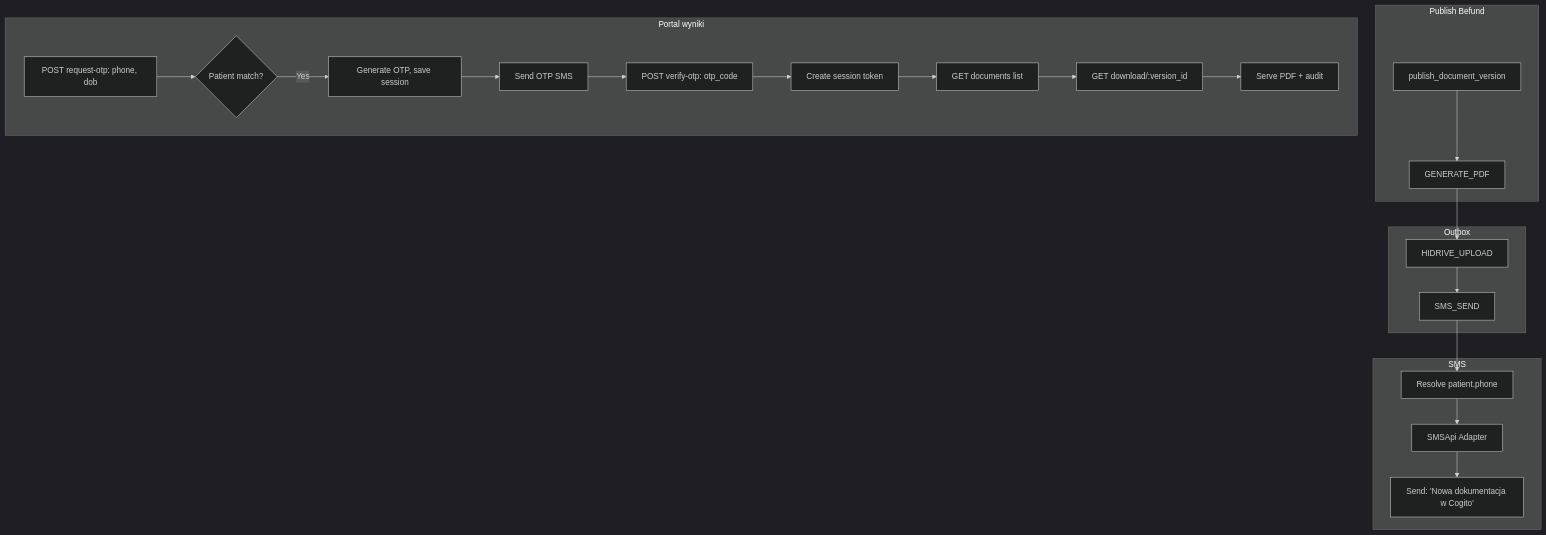
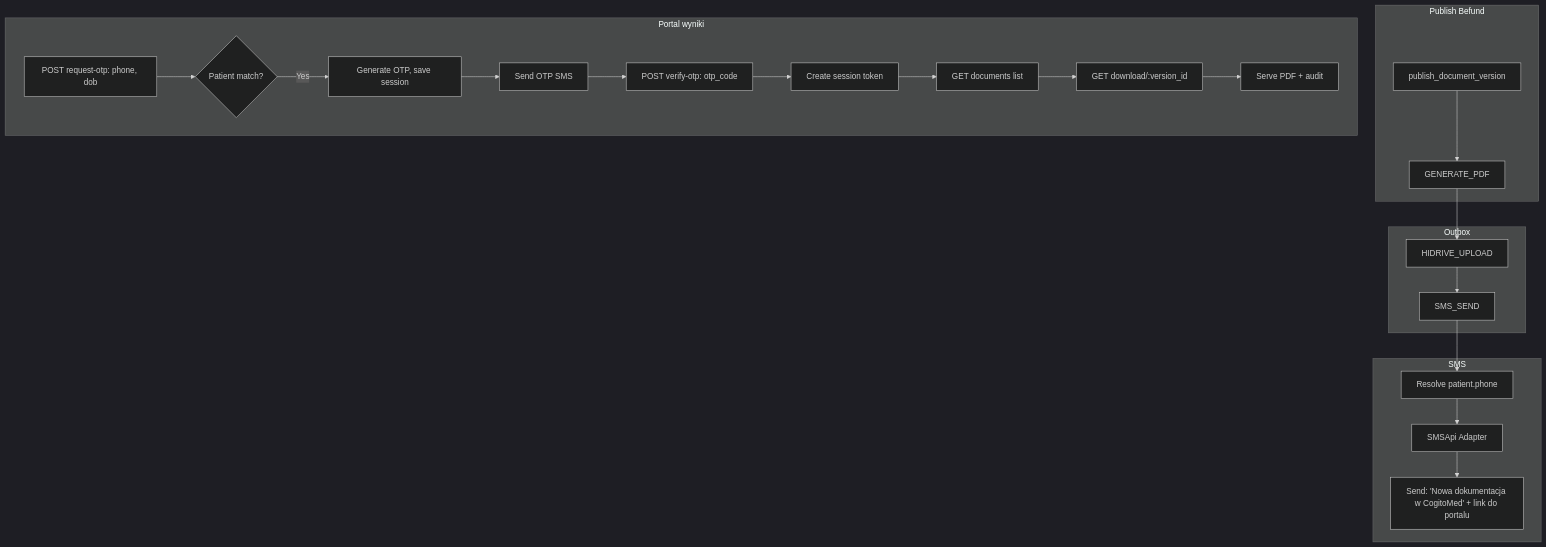
Before and after one commit to piotrpopiolek/cogitomedic: the diagram in .cursor/plans/portal_wyniki_4-etapowy.plan.md, drawn with Mermaid (dark theme). The commit also changed other lines of this file, not shown here.

````diff
--- a/.cursor/plans/portal_wyniki_4-etapowy.plan.md
+++ b/.cursor/plans/portal_wyniki_4-etapowy.plan.md
@@ -31,30 +37,30 @@
 ```mermaid
 flowchart TB
     subgraph publish [Publish Befund]
         Publish[publish_document_version]
         Publish --> Outbox
     end
     subgraph outbox [Outbox]
         Outbox[GENERATE_PDF]
         Outbox --> HIDRIVE
         HIDRIVE[HIDRIVE_UPLOAD]
         HIDRIVE --> SMS
         SMS[SMS_SEND]
     end
     subgraph sms [SMS]
         SMS --> Resolve[Resolve patient.phone]
         Resolve --> Adapter[SMSApi Adapter]
-        Adapter --> Send["Send: 'Nowa dokumentacja w Cogito'"]
+        Adapter --> Send["Send: 'Nowa dokumentacja w CogitoMed' + link do portalu"]
     end
     subgraph portal [Portal wyniki]
         Login[POST request-otp: phone, dob]
         Login --> Match{Patient match?}
         Match -->|Yes| GenOTP[Generate OTP, save session]
         GenOTP --> SendOTP[Send OTP SMS]
         SendOTP --> Verify[POST verify-otp: otp_code]
         Verify --> Session[Create session token]
         Session --> List[GET documents list]
         List --> Download[GET download/:version_id]
         Download --> PDF[Serve PDF + audit]
     end
 ```
````
